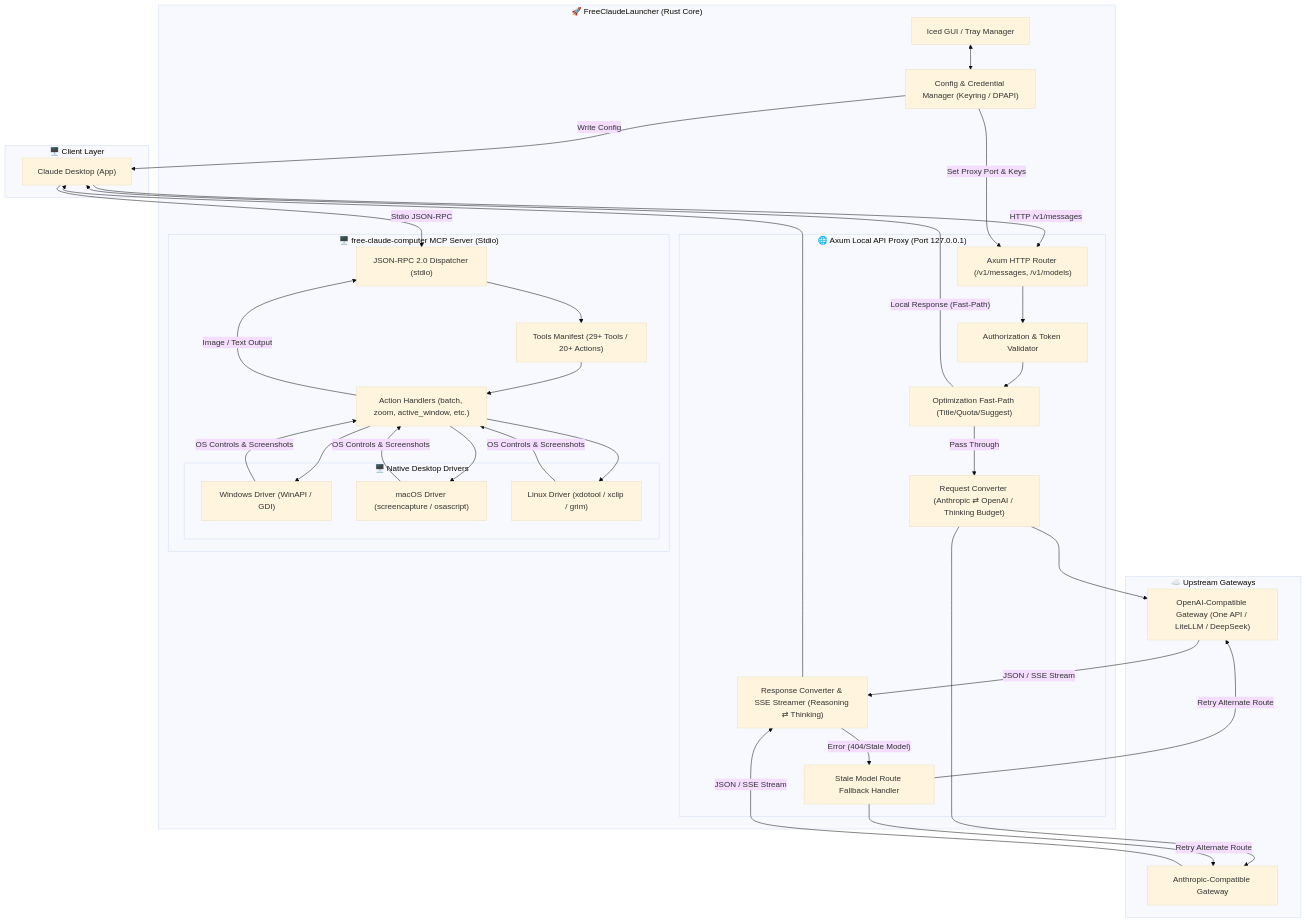
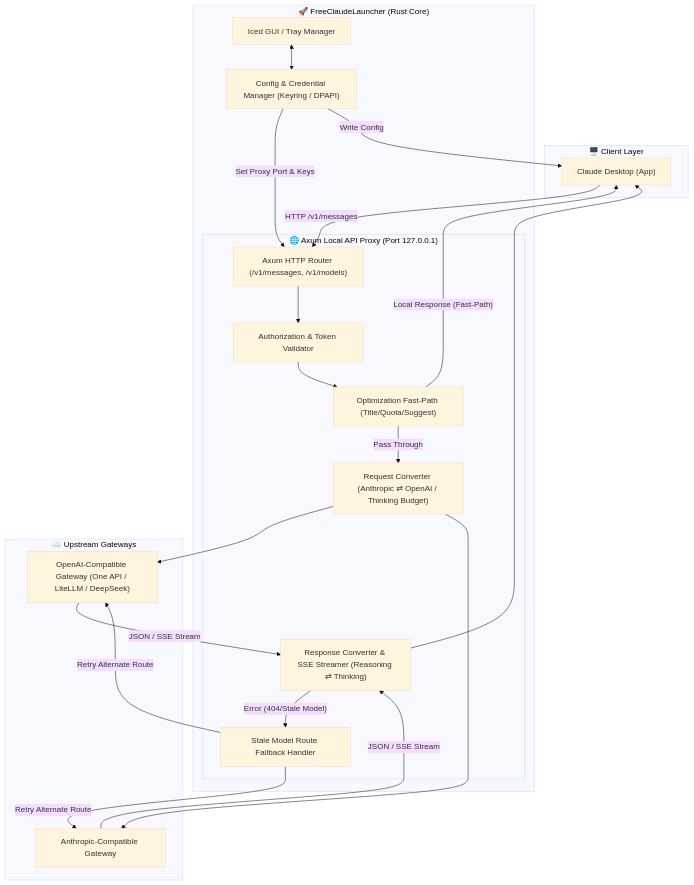
The first of 2 diagrams in README.md (mushroomTW/FreeClaudeDesktop), drawn with Mermaid (base theme) before and after one commit. The commit also changed other lines of this file and 26 other files, not shown here.

First line of the commit message:
重構非同步設定核心並移除 Computer MCP

````diff
--- a/README.md
+++ b/README.md
@@ -13,60 +13,43 @@
 ```mermaid
 flowchart TD
     subgraph Client ["🖥️ Client Layer"]
         CD["Claude Desktop (App)"]
     end
 
     subgraph Launcher ["🚀 FreeClaudeLauncher (Rust Core)"]
         GUI["Iced GUI / Tray Manager"]
         Config["Config & Credential Manager (Keyring / DPAPI)"]
         
         subgraph ProxyServer ["🌐 Axum Local API Proxy (Port 127.0.0.1)"]
             Router["Axum HTTP Router (/v1/messages, /v1/models)"]
             AuthValidator["Authorization & Token Validator"]
             FastPath["Optimization Fast-Path (Title/Quota/Suggest)"]
             ReqConv["Request Converter (Anthropic ⇄ OpenAI / Thinking Budget)"]
             RespConv["Response Converter & SSE Streamer (Reasoning ⇄ Thinking)"]
             Fallback["Stale Model Route Fallback Handler"]
         end
 
-        subgraph MCPServer ["🖥️ free-claude-computer MCP Server (Stdio)"]
-            StdioRPC["JSON-RPC 2.0 Dispatcher (stdio)"]
-            ToolsManifest["Tools Manifest (29+ Tools / 20+ Actions)"]
-            ActionHandlers["Action Handlers (batch, zoom, active_window, etc.)"]
-            
-            subgraph NativeDesktop ["🖥️ Native Desktop Drivers"]
-                WinDrv["Windows Driver (WinAPI / GDI)"]
-                MacDrv["macOS Driver (screencapture / osascript)"]
-                UnixDrv["Linux Driver (xdotool / xclip / grim)"]
-            end
-        end
     end
 
     subgraph Upstream ["☁️ Upstream Gateways"]
         GW1["OpenAI-Compatible Gateway (One API / LiteLLM / DeepSeek)"]
         GW2["Anthropic-Compatible Gateway"]
     end
 
     CD -- "HTTP /v1/messages" --> Router
-    CD -- "Stdio JSON-RPC" --> StdioRPC
-    
     GUI <--> Config
     Config -- "Set Proxy Port & Keys" --> Router
     Config -- "Write Config" --> CD
 
     Router --> AuthValidator
     AuthValidator --> FastPath
     FastPath -- "Local Response (Fast-Path)" --> CD
     FastPath -- "Pass Through" --> ReqConv
 
     ReqConv --> GW1 & GW2
     GW1 & GW2 -- "JSON / SSE Stream" --> RespConv
     RespConv -- "Error (404/Stale Model)" --> Fallback
     Fallback -- "Retry Alternate Route" --> GW1 & GW2
     RespConv --> CD
 
-    StdioRPC --> ToolsManifest --> ActionHandlers
-    ActionHandlers --> WinDrv & MacDrv & UnixDrv
-    WinDrv & MacDrv & UnixDrv -- "OS Controls & Screenshots" --> ActionHandlers
-    ActionHandlers -- "Image / Text Output" --> StdioRPC
 ```
````
